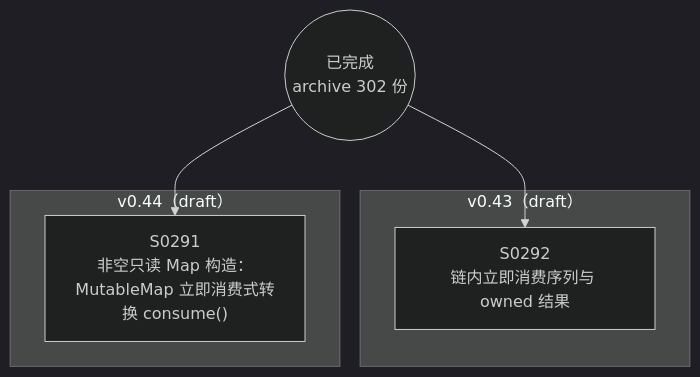
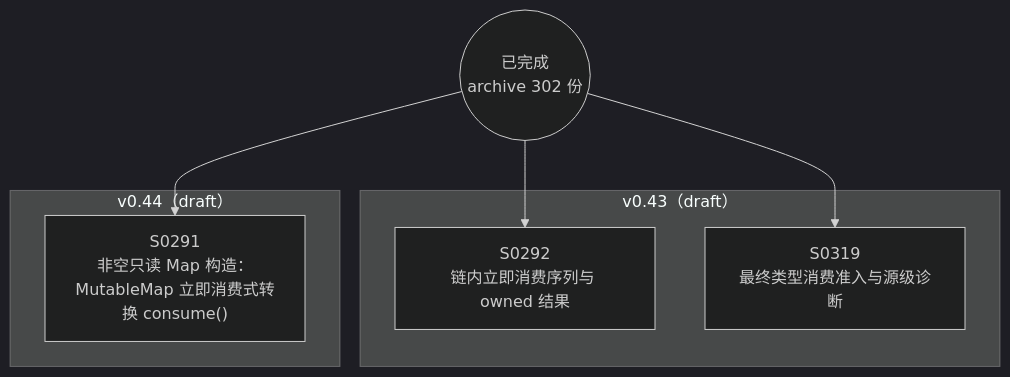
One commit to Halckon/Koven changed the diagram in docs/specs/dependency-graph.md. Above: the diagram before and after it, drawn with Mermaid (dark theme). The commit also changed other lines of this file and 7 other files, not shown here.

````diff
--- a/docs/specs/dependency-graph.md
+++ b/docs/specs/dependency-graph.md
@@ -9,12 +9,14 @@
 ```mermaid
 flowchart TD
 ARCH(("已完成<br/>archive 302 份"))
 subgraph Gdrafts_v043["v0.43（draft）"]
   S0292["S0292<br/>链内立即消费序列与 owned 结果"]
+  S0319["S0319<br/>最终类型消费准入与源级诊断"]
 end
 subgraph Gdrafts_v044["v0.44（draft）"]
   S0291["S0291<br/>非空只读 Map 构造：MutableMap 立即消费式转换 consume()"]
 end
 ARCH --> S0291
 ARCH --> S0292
+ARCH --> S0319
 ```
````
